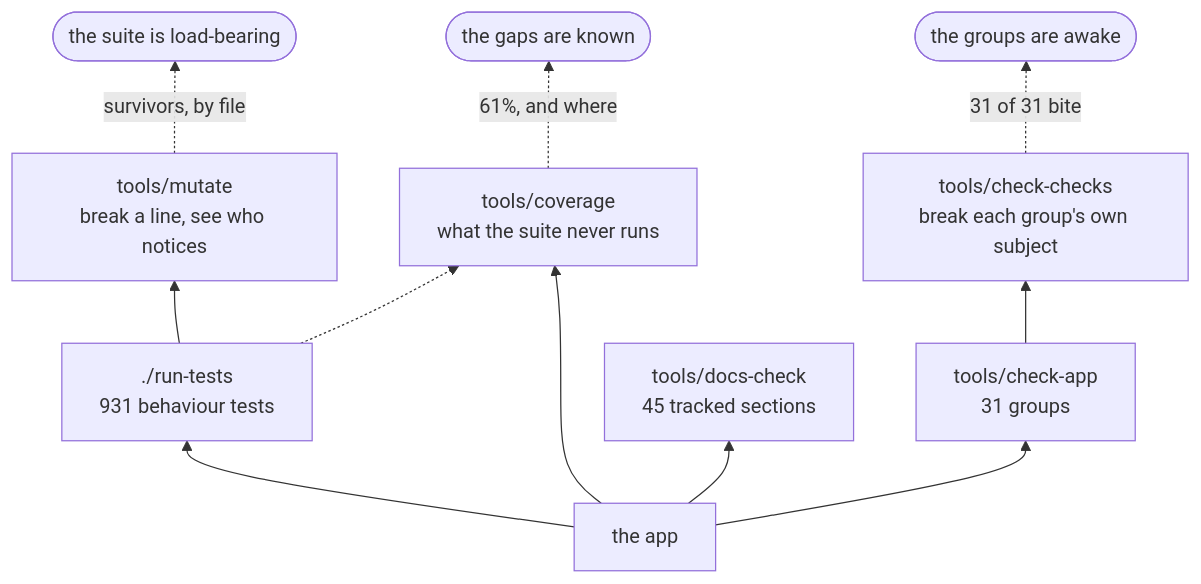
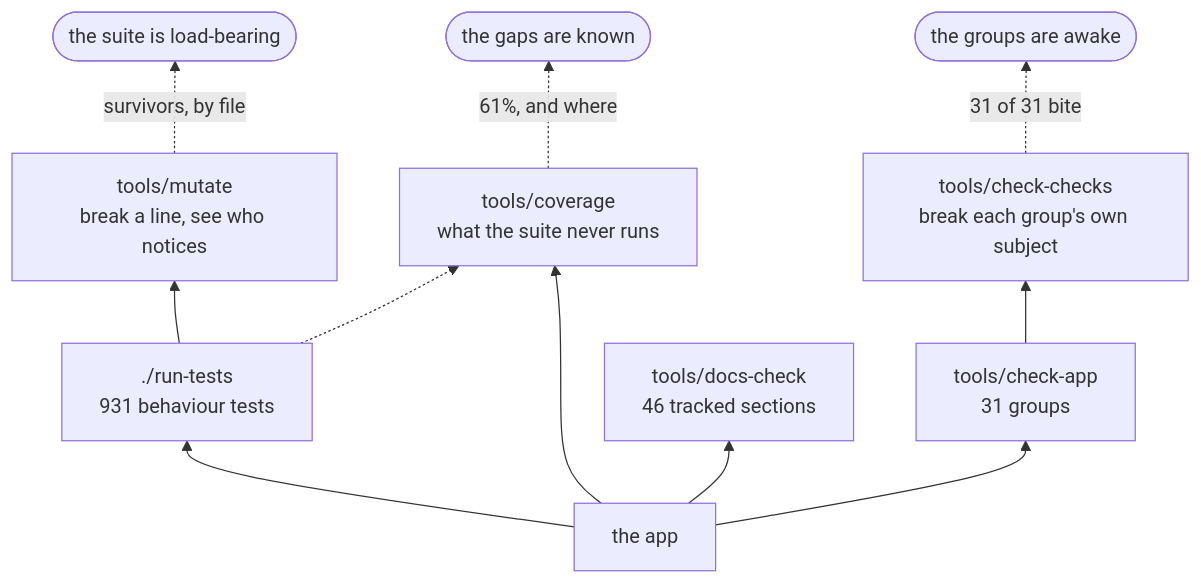
One commit to minormending/crystal-pilot-mobile changed the second of 3 diagrams in docs/DEVELOPING.md. Above: the diagram before and after it, drawn with Mermaid. The commit also changed other lines of this file and 14 other files, not shown here.

````diff
--- a/docs/DEVELOPING.md
+++ b/docs/DEVELOPING.md
@@ -128,13 +128,13 @@
 ```mermaid
 flowchart BT
     C["the app"] --> T["./run-tests<br/>931 behaviour tests"]
     C --> A["tools/check-app<br/>31 groups"]
-    C --> D["tools/docs-check<br/>45 tracked sections"]
+    C --> D["tools/docs-check<br/>46 tracked sections"]
     C --> V["tools/coverage<br/>what the suite never runs"]
     T --> M["tools/mutate<br/>break a line, see who notices"]
     A --> K["tools/check-checks<br/>break each group's own subject"]
     T -.-> V
     M -.->|"survivors, by file"| R(["the suite is load-bearing"])
     K -.->|"31 of 31 bite"| R2(["the groups are awake"])
     V -.->|"61%, and where"| R3(["the gaps are known"])
 ```
````
